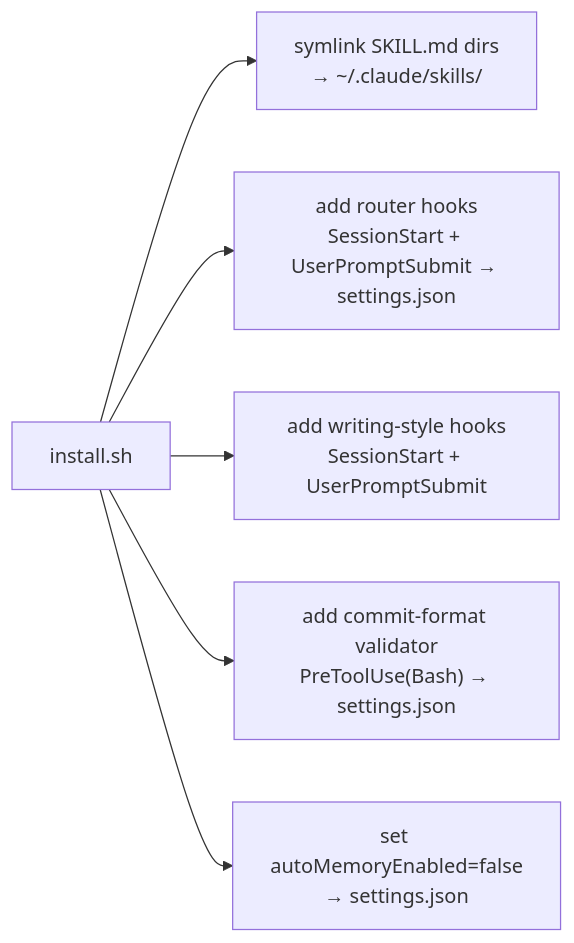
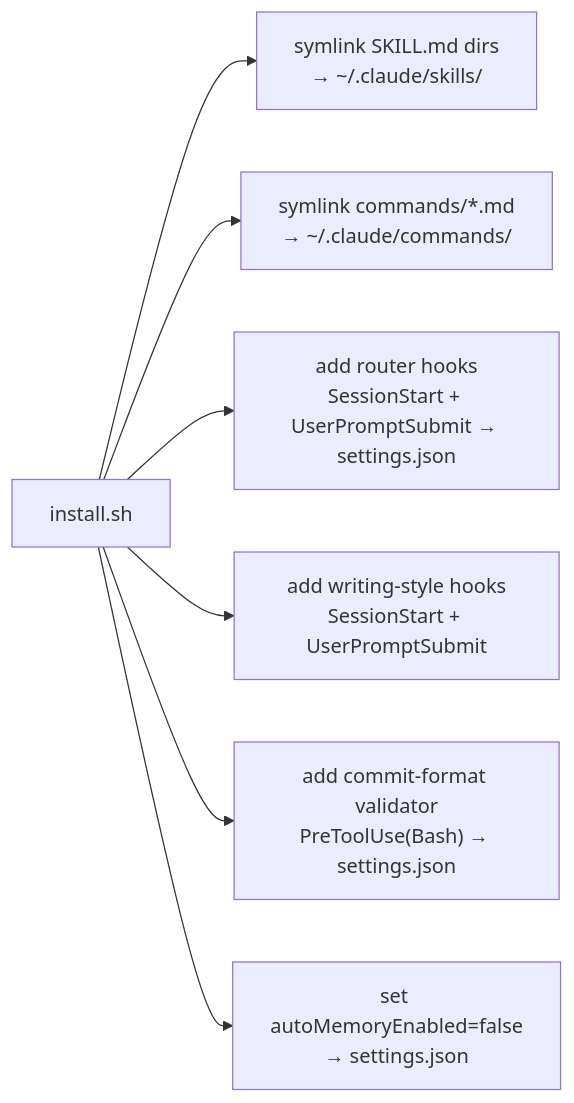
One commit to ubunish/nish-ai changed the first of 3 diagrams in README.md. Above: the diagram before and after it, drawn with Mermaid. The commit also changed other lines of this file and 1 other file, not shown here.

````diff
--- a/README.md
+++ b/README.md
@@ -44,8 +52,9 @@
 ```mermaid
 flowchart LR
     I["install.sh"] --> S["symlink SKILL.md dirs<br/>→ ~/.claude/skills/"]
+    I --> C["symlink commands/*.md<br/>→ ~/.claude/commands/"]
     I --> HR["add router hooks<br/>SessionStart + UserPromptSubmit → settings.json"]
     I --> HS["add writing-style hooks<br/>SessionStart + UserPromptSubmit"]
     I --> HV["add commit-format validator<br/>PreToolUse(Bash) → settings.json"]
     I --> M["set autoMemoryEnabled=false<br/>→ settings.json"]
 ```
````
